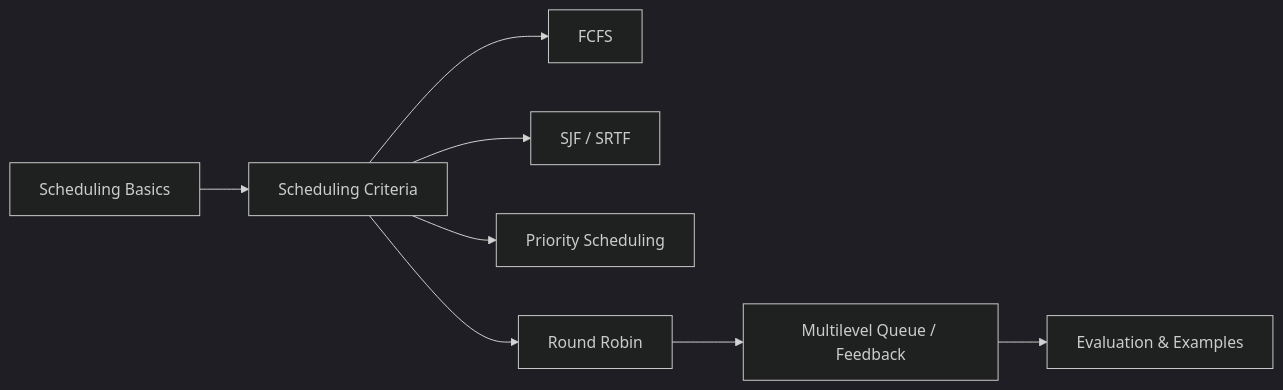
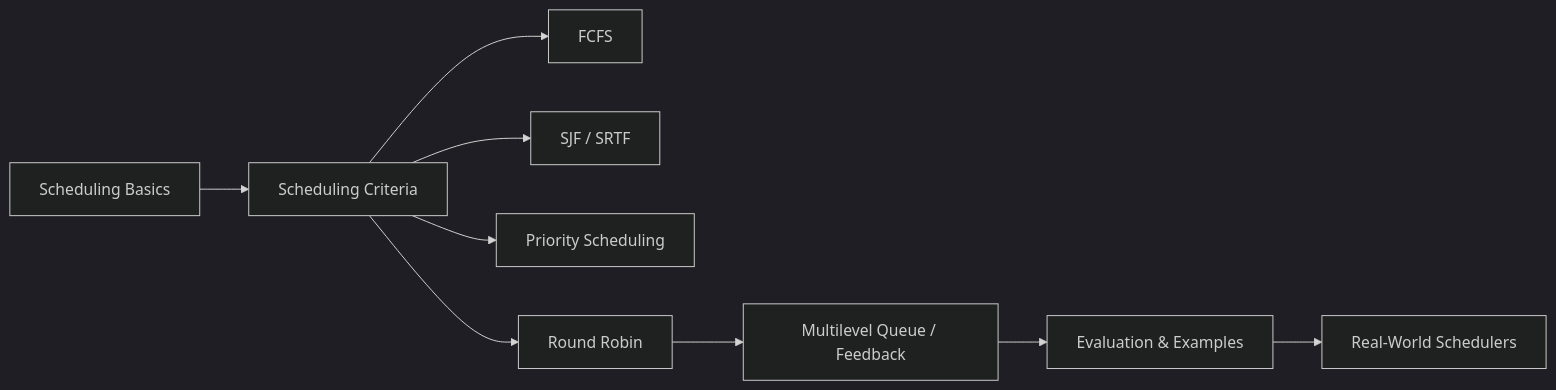
Before and after one commit to Raushan666java/ai-engineering-journey: the diagram in docs/courses/operating-systems/03-cpu-scheduling.md, drawn with Mermaid (dark theme). The commit also changed other lines of this file and 17 other files, not shown here.

```diff
--- a/docs/courses/operating-systems/03-cpu-scheduling.md
+++ b/docs/courses/operating-systems/03-cpu-scheduling.md
@@ -29,10 +52,11 @@
 <div class="mermaid">
 flowchart LR
     A[Scheduling Basics] --> B[Scheduling Criteria]
     B --> C[FCFS]
     B --> D[SJF / SRTF]
     B --> E[Priority Scheduling]
     B --> F[Round Robin]
     F --> G[Multilevel Queue / Feedback]
     G --> H[Evaluation & Examples]
+    H --> I[Real-World Schedulers]
 </div>
```
